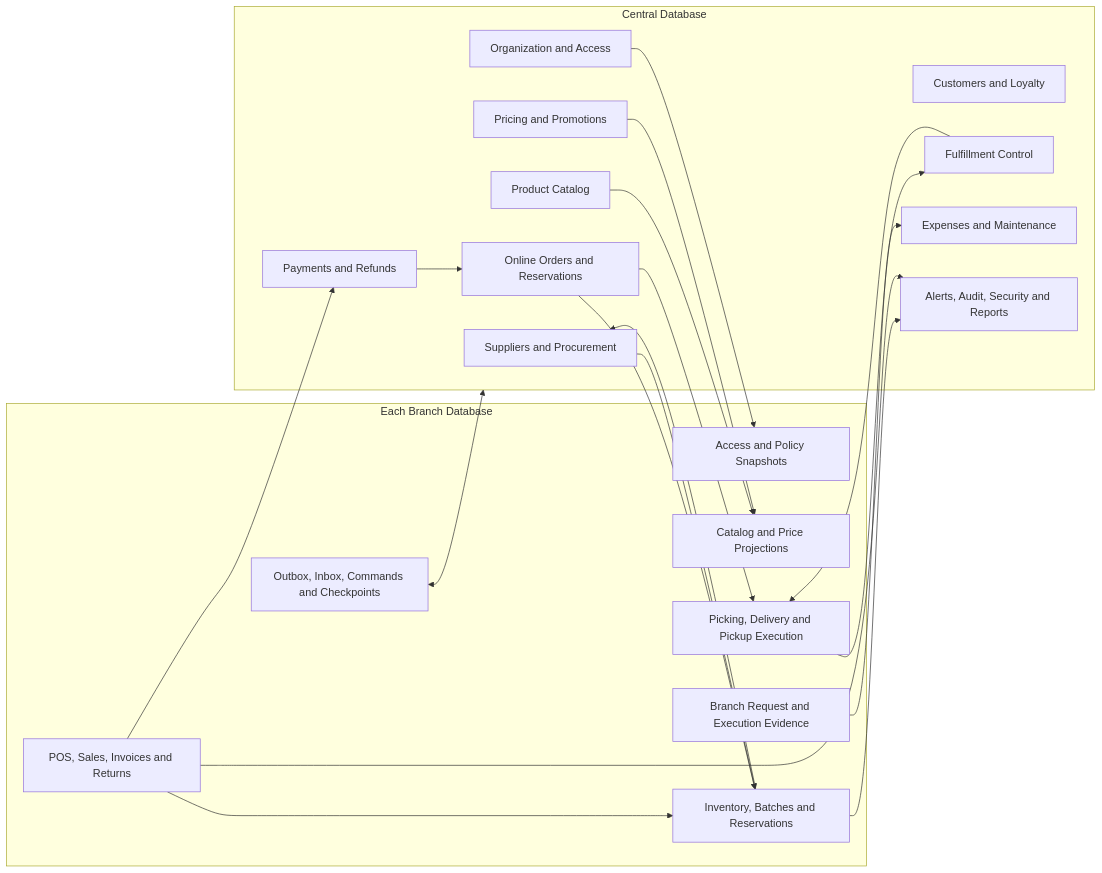
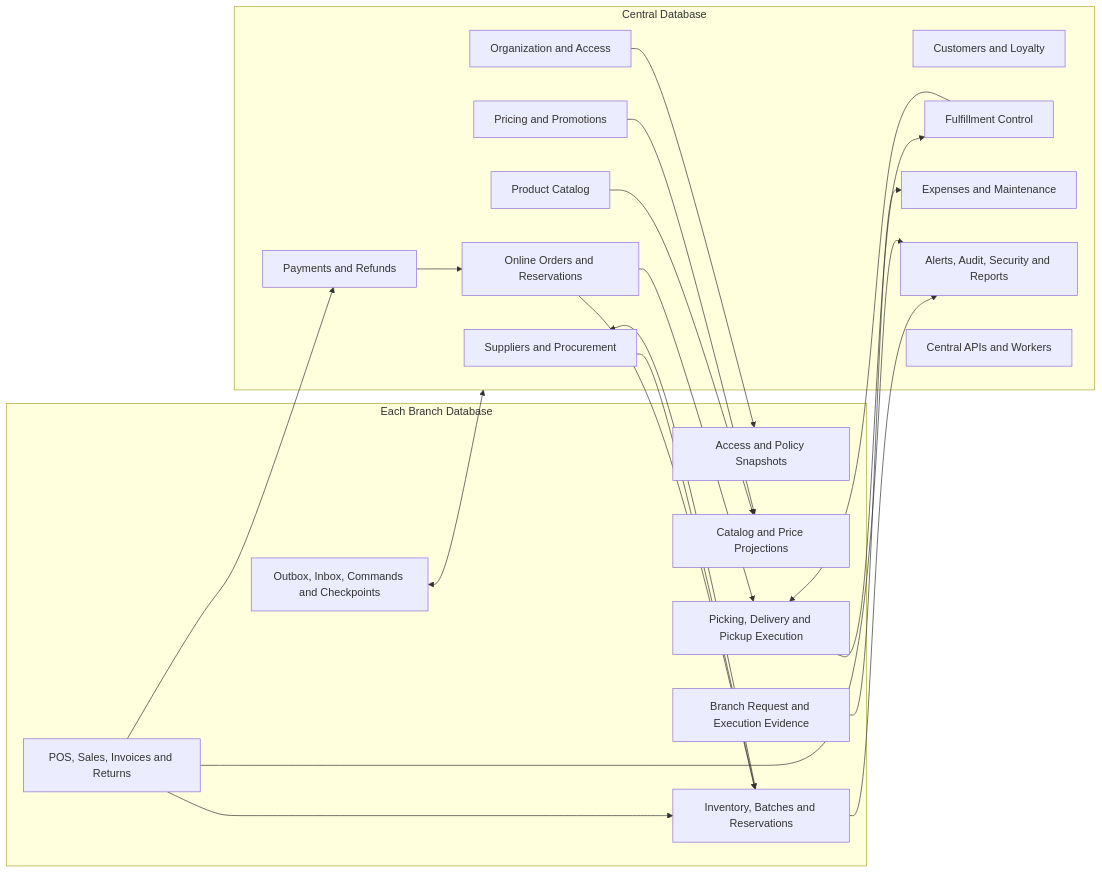
Before and after one commit to hayajnehali/SupermarketSystem: the diagram in docs/technical-design/24-comprehensive-database-schema-consistency-review.md, drawn with Mermaid.

Commit message:
docs: make central branch sync diagram explicit

````diff
--- a/docs/technical-design/24-comprehensive-database-schema-consistency-review.md
+++ b/docs/technical-design/24-comprehensive-database-schema-consistency-review.md
@@ -90,42 +90,43 @@
 ```mermaid
 flowchart LR
   subgraph C["Central Database"]
     ORG["Organization and Access"]
     CAT["Product Catalog"]
     PUR["Suppliers and Procurement"]
     PRICE["Pricing and Promotions"]
     CRM["Customers and Loyalty"]
     WEB["Online Orders and Reservations"]
     PAY["Payments and Refunds"]
     FC["Fulfillment Control"]
     OPS["Expenses and Maintenance"]
     CTRL["Alerts, Audit, Security and Reports"]
+    CSYNC["Central APIs and Workers"]
   end
 
   subgraph B["Each Branch Database"]
     ACCESS["Access and Policy Snapshots"]
     MASTER["Catalog and Price Projections"]
     POS["POS, Sales, Invoices and Returns"]
     STOCK["Inventory, Batches and Reservations"]
     EXEC["Picking, Delivery and Pickup Execution"]
     LOCAL["Branch Request and Execution Evidence"]
     SYNC["Outbox, Inbox, Commands and Checkpoints"]
   end
 
   ORG --> ACCESS
   CAT --> MASTER
   PRICE --> MASTER
   WEB --> STOCK
   WEB --> EXEC
   PUR --> STOCK
   POS --> STOCK
   STOCK --> PUR
   POS --> PAY
   PAY --> WEB
   FC --> EXEC
   EXEC --> FC
   LOCAL --> OPS
   STOCK --> CTRL
   POS --> CTRL
   SYNC <--> C
 ```
````
